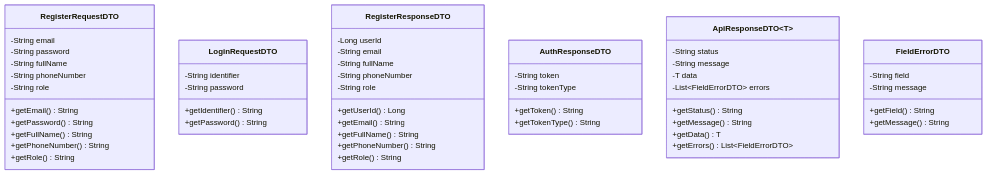
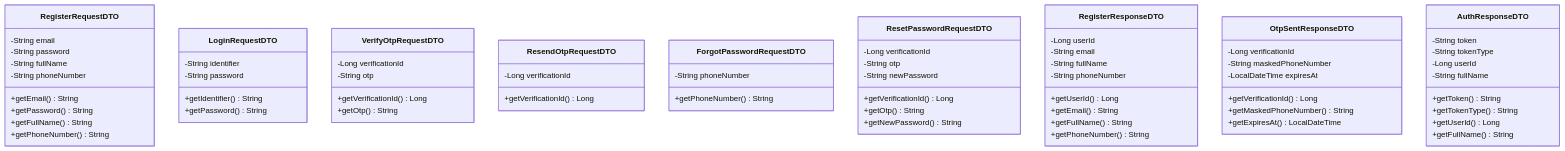
The second of 8 diagrams in docs/task-04/README.md (BlackyB0o/CS261_650001_group5), drawn with Mermaid before and after one commit. The commit also changed other lines of this file and 1 other file, not shown here.

Commit message:
removed role selection, added OTP login and reset password

````diff
--- a/docs/task-04/README.md
+++ b/docs/task-04/README.md
@@ -215,60 +328,69 @@
 ```mermaid
 classDiagram
     class RegisterRequestDTO {
         -String email
         -String password
         -String fullName
         -String phoneNumber
-        -String role
         +getEmail() String
         +getPassword() String
         +getFullName() String
         +getPhoneNumber() String
-        +getRole() String
     }
-
     class LoginRequestDTO {
         -String identifier
         -String password
         +getIdentifier() String
         +getPassword() String
     }
-
+    class VerifyOtpRequestDTO {
+        -Long verificationId
+        -String otp
+        +getVerificationId() Long
+        +getOtp() String
+    }
+    class ResendOtpRequestDTO {
+        -Long verificationId
+        +getVerificationId() Long
+    }
+    class ForgotPasswordRequestDTO {
+        -String phoneNumber
+        +getPhoneNumber() String
+    }
+    class ResetPasswordRequestDTO {
+        -Long verificationId
+        -String otp
+        -String newPassword
+        +getVerificationId() Long
+        +getOtp() String
+        +getNewPassword() String
+    }
     class RegisterResponseDTO {
         -Long userId
         -String email
         -String fullName
         -String phoneNumber
-        -String role
         +getUserId() Long
         +getEmail() String
         +getFullName() String
         +getPhoneNumber() String
-        +getRole() String
     }
-
+    class OtpSentResponseDTO {
+        -Long verificationId
+        -String maskedPhoneNumber
+        -LocalDateTime expiresAt
+        +getVerificationId() Long
+        +getMaskedPhoneNumber() String
+        +getExpiresAt() LocalDateTime
+    }
     class AuthResponseDTO {
         -String token
         -String tokenType
+        -Long userId
+        -String fullName
         +getToken() String
         +getTokenType() String
-    }
-
-    class ApiResponseDTO~T~ {
-        -String status
-        -String message
-        -T data
-        -List~FieldErrorDTO~ errors
-        +getStatus() String
-        +getMessage() String
-        +getData() T
-        +getErrors() List~FieldErrorDTO~
-    }
-
-    class FieldErrorDTO {
-        -String field
-        -String message
-        +getField() String
-        +getMessage() String
+        +getUserId() Long
+        +getFullName() String
     }
 ```
````
